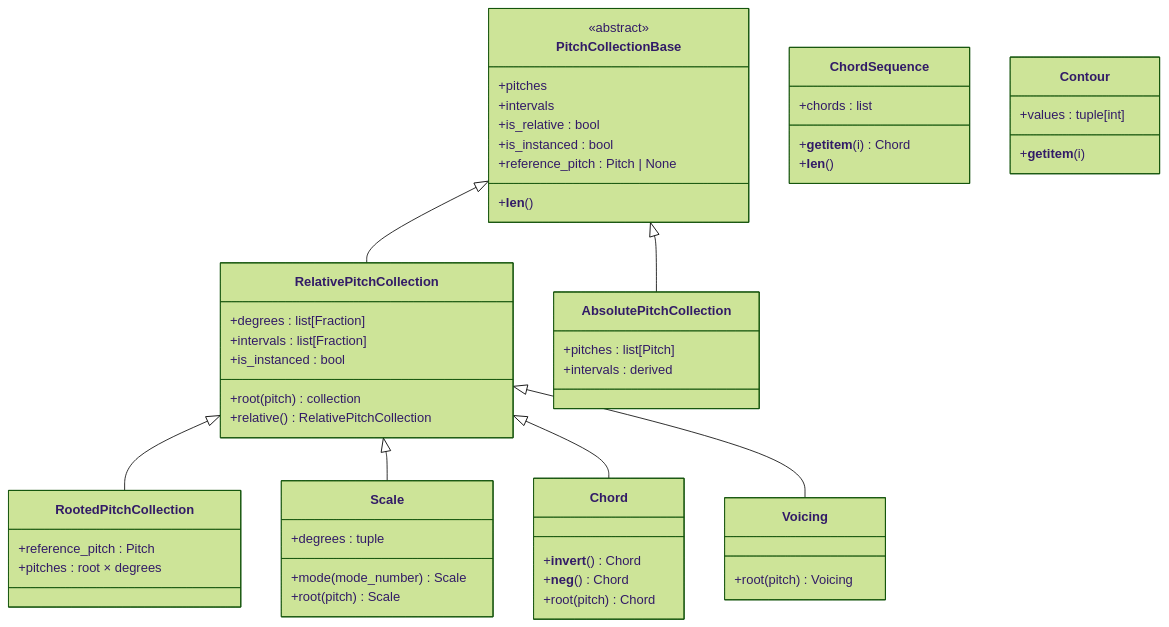
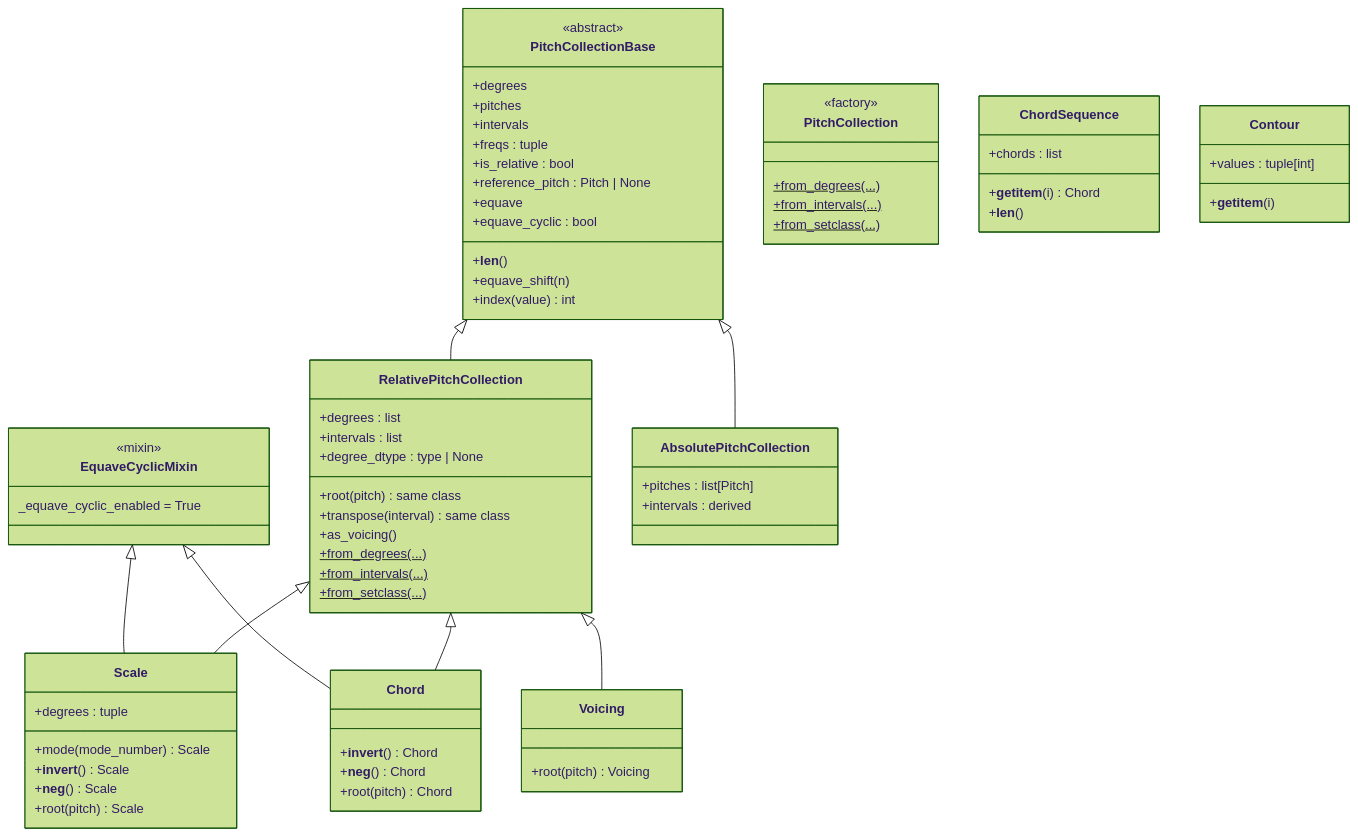
The first of 6 diagrams in docs/architecture/03_TONOS.md (kr4g/Klotho), drawn with Mermaid (forest theme) before and after one commit. The commit also changed other lines of this file and 14 other files, not shown here.

First line of the commit message:
Refresh architecture docs and Sphinx index for 10.x API (10.11.1)

```diff
--- a/docs/architecture/03_TONOS.md
+++ b/docs/architecture/03_TONOS.md
@@ -61,20 +69,34 @@
 classDiagram
     class PitchCollectionBase {
         <<abstract>>
+        +degrees
         +pitches
         +intervals
+        +freqs : tuple
         +__len__()
         +is_relative : bool
-        +is_instanced : bool
         +reference_pitch : Pitch | None
+        +equave
+        +equave_cyclic : bool
+        +equave_shift(n)
+        +index(value) int
+    }
+
+    class EquaveCyclicMixin {
+        <<mixin>>
+        _equave_cyclic_enabled = True
     }
 
     class RelativePitchCollection {
-        +degrees : list[Fraction]
-        +intervals : list[Fraction]
-        +is_instanced : bool
-        +root(pitch) collection
-        +relative() RelativePitchCollection
+        +degrees : list
+        +intervals : list
+        +degree_dtype : type | None
+        +root(pitch) same class
+        +transpose(interval) same class
+        +as_voicing()
+        +from_degrees(...)$
+        +from_intervals(...)$
+        +from_setclass(...)$
     }
 
     class AbsolutePitchCollection {
@@ -82,14 +104,17 @@
         +intervals : derived
     }
 
-    class RootedPitchCollection {
-        +reference_pitch : Pitch
-        +pitches : root × degrees
+    class PitchCollection {
+        <<factory>>
+        +from_degrees(...)$
+        +from_intervals(...)$
+        +from_setclass(...)$
     }
 
     PitchCollectionBase <|-- RelativePitchCollection
     PitchCollectionBase <|-- AbsolutePitchCollection
-    RelativePitchCollection <|-- RootedPitchCollection
+    EquaveCyclicMixin <|-- Scale
+    EquaveCyclicMixin <|-- Chord
     RelativePitchCollection <|-- Scale
     RelativePitchCollection <|-- Chord
     RelativePitchCollection <|-- Voicing
@@ -97,6 +122,8 @@
     class Scale {
         +degrees : tuple
         +mode(mode_number) Scale
+        +__invert__() Scale
+        +__neg__() Scale
         +root(pitch) Scale
     }
 
```
